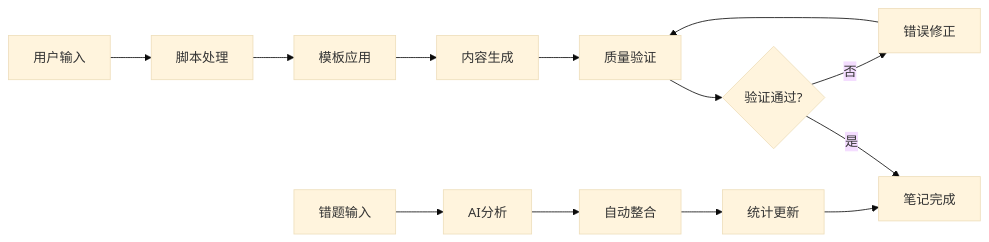
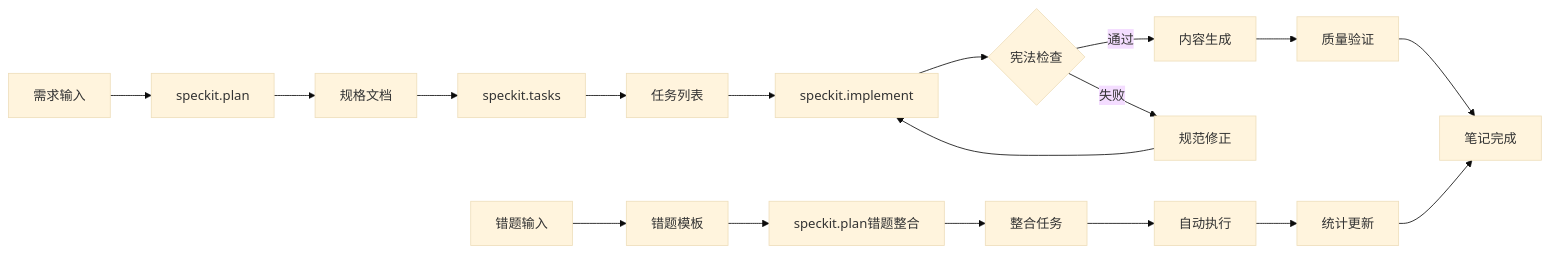
Before and after one commit to 1tilm/math-and-physical-notebook: the third of 3 diagrams in README.md, drawn with Mermaid (base theme). The commit also changed other lines of this file and 4 other files, not shown here.

````diff
--- a/README.md
+++ b/README.md
@@ -420,16 +458,21 @@
 ```mermaid
 flowchart LR
-    A[用户输入] --> B[脚本处理]
-    B --> C[模板应用]
-    C --> D[内容生成]
-    D --> E[质量验证]
-    E --> F{验证通过?}
-    F -->|是| G[笔记完成]
-    F -->|否| H[错误修正]
-    H --> E
+    A[需求输入] --> B[speckit.plan]
+    B --> C[规格文档]
+    C --> D[speckit.tasks]
+    D --> E[任务列表]
+    E --> F[speckit.implement]
+    F --> G{宪法检查}
+    G -->|通过| H[内容生成]
+    G -->|失败| I[规范修正]
+    I --> F
+    H --> J[质量验证]
+    J --> K[笔记完成]
     
-    I[错题输入] --> J[AI分析]
-    J --> K[自动整合]
-    K --> L[统计更新]
-    L --> G
+    L[错题输入] --> M[错题模板]
+    M --> N[speckit.plan错题整合]
+    N --> O[整合任务]
+    O --> P[自动执行]
+    P --> Q[统计更新]
+    Q --> K
 ```
````
